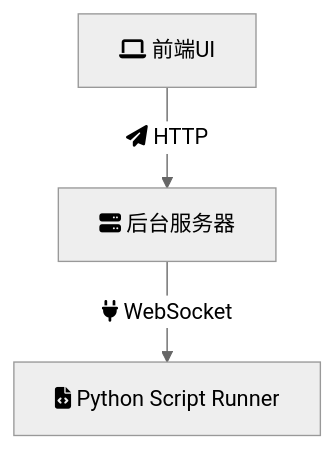
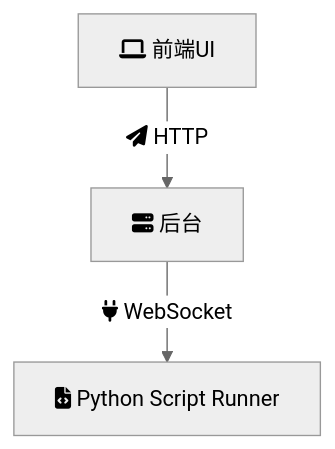
Before and after one commit to AlkeySheng/iodraw-files: the diagram in all/未命名.md, drawn with Mermaid (neutral theme).

Commit message:
2024-05-20 15:01:47 update

````diff
--- a/all/未命名.md
+++ b/all/未命名.md
@@ -1,6 +1,6 @@
 ```mermaid
 graph TD
-    A[fa:fa-laptop 前端UI] -->|fa:fa-paper-plane HTTP| B[fa:fa-server 后台服务器]
+    A[fa:fa-laptop 前端UI] -->|fa:fa-paper-plane HTTP| B[fa:fa-server 后台]
     B -->|fa:fa-plug WebSocket| C[fa:fa-file-code Python Script Runner]
 
 ```
````
